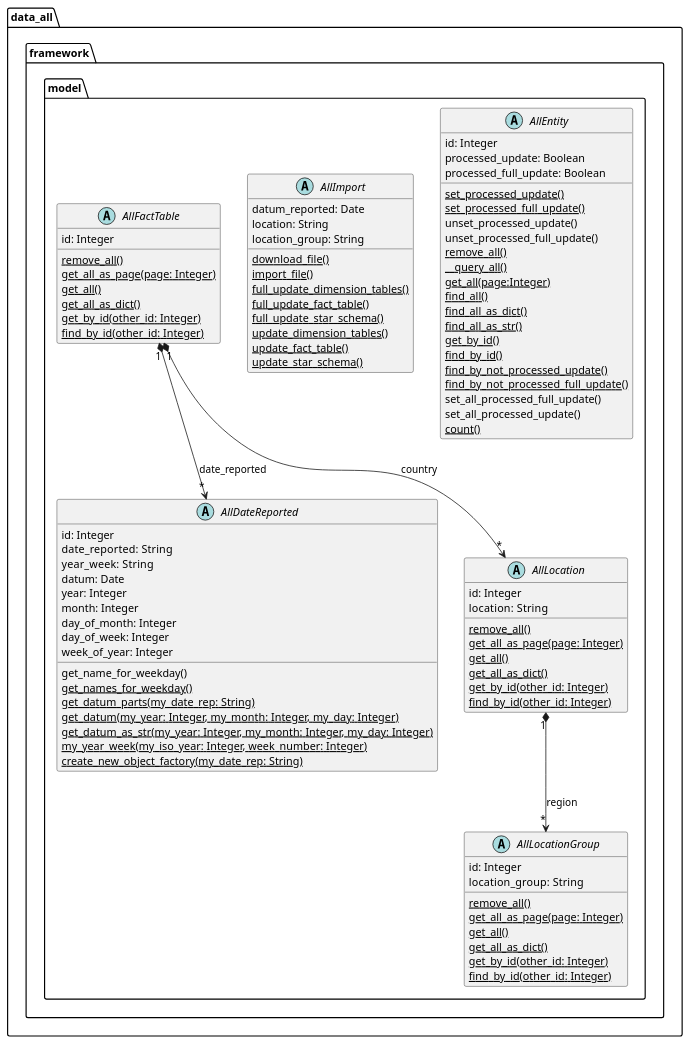
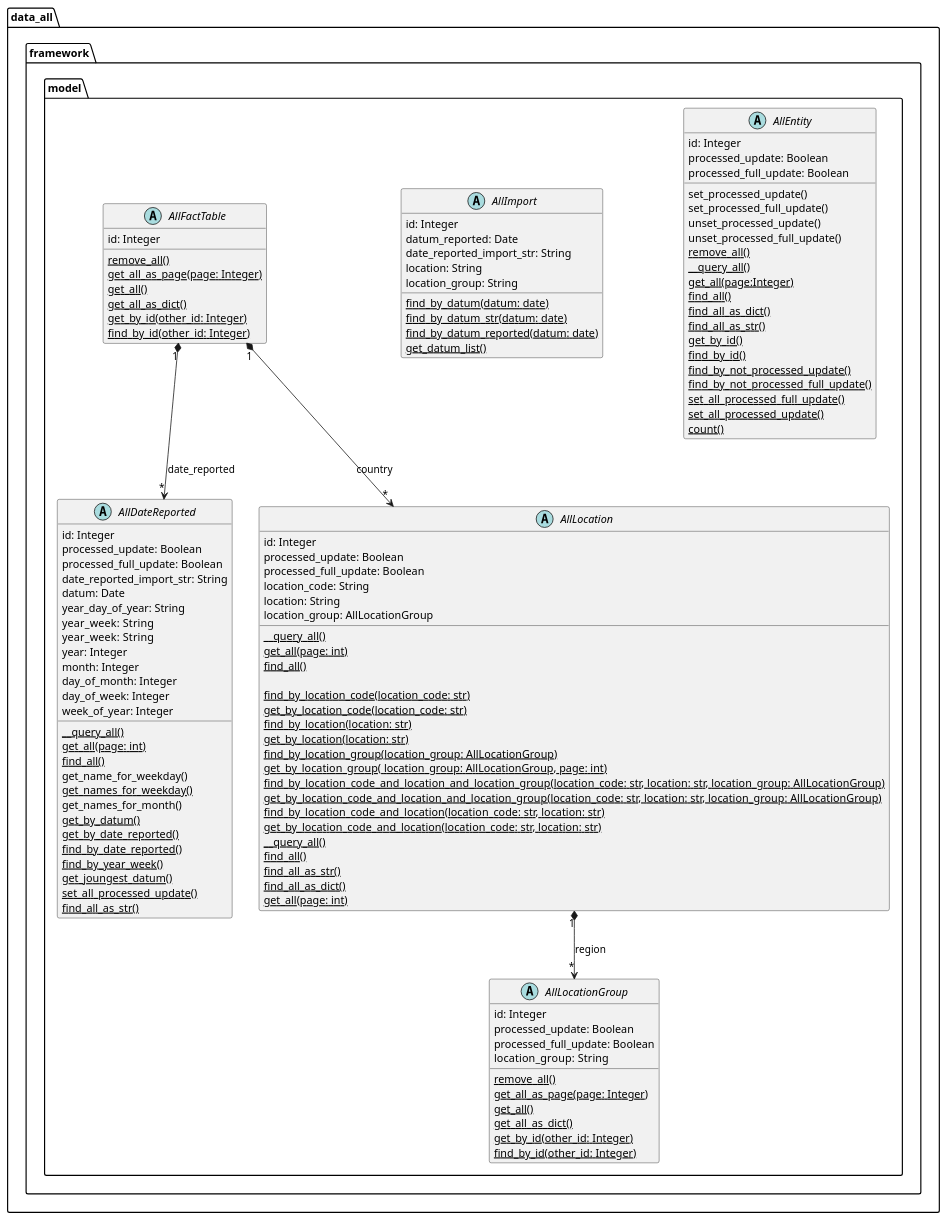
Before and after one commit to thomaswoehlke/flask_covid19: the diagram in docs/uml/project/data_all/framework_model_impl.puml, drawn with PlantUML. The commit also changed 12 other files, not shown here.

```diff
--- a/docs/uml/project/data_all/framework_model_impl.puml
+++ b/docs/uml/project/data_all/framework_model_impl.puml
@@ -1,117 +1,149 @@
 @startuml
 'https://plantuml.com/class-diagram
 
 'abstract class AbstractList
 'abstract AbstractCollection
 'interface List
 'interface Collection
 
 'List <|-- AbstractList
 'Collection <|-- AbstractCollection
 
 'Collection <|- List
 'AbstractCollection <|- AbstractList
 'AbstractList <|-- ArrayList
 
 'class ArrayList {
 'Object[] elementData
 'size()
 '}
 
 'enum TimeUnit {
 'DAYS
 'HOURS
 'MINUTES
 '}
 
 package data_all.framework.model {
 
     abstract class AllEntity {
         id: Integer
         processed_update: Boolean
         processed_full_update: Boolean
-        {classifier} set_processed_update()
-        {classifier} set_processed_full_update()
+
+        set_processed_update()
+        set_processed_full_update()
         unset_processed_update()
         unset_processed_full_update()
         {classifier} remove_all()
         {classifier} __query_all()
         {classifier} get_all(page:Integer)
         {classifier} find_all()
         {classifier} find_all_as_dict()
         {classifier} find_all_as_str()
         {classifier} get_by_id()
         {classifier} find_by_id()
         {classifier} find_by_not_processed_update()
         {classifier} find_by_not_processed_full_update()
-        set_all_processed_full_update()
-        set_all_processed_update()
+        {classifier} set_all_processed_full_update()
+        {classifier} set_all_processed_update()
         {classifier} count()
     }
     abstract class AllImport {
+        id: Integer
         datum_reported: Date
+        date_reported_import_str: String
 		location: String
 		location_group: String
-		{classifier} download_file()
-		{classifier} import_file()
-		{classifier} full_update_dimension_tables()
-		{classifier} full_update_fact_table()
-		{classifier} full_update_star_schema()
-		{classifier} update_dimension_tables()
-		{classifier} update_fact_table()
-		{classifier} update_star_schema()
+
+		{classifier} find_by_datum(datum: date)
+		{classifier} find_by_datum_str(datum: date)
+		{classifier} find_by_datum_reported(datum: date)
+		{classifier} get_datum_list()
 	}
     abstract class AllDateReported {
         id: Integer
-		date_reported:  String
-	    year_week:  String
+	    processed_update: Boolean
+        processed_full_update: Boolean
+	    date_reported_import_str: String
 	    datum: Date
+        year_day_of_year: String
+        year_week:  String
+        year_week:  String
 	    year: Integer
 	    month: Integer
 	    day_of_month: Integer
 	    day_of_week: Integer
 	    week_of_year: Integer
+
+        {classifier} __query_all()
+        {classifier} get_all(page: int)
+        {classifier} find_all()
 		get_name_for_weekday()
 		{classifier} get_names_for_weekday()
-		{classifier} get_datum_parts(my_date_rep: String)
-		{classifier} get_datum(my_year: Integer, my_month: Integer, my_day: Integer)
-		{classifier} get_datum_as_str(my_year: Integer, my_month: Integer, my_day: Integer)
-		{classifier} my_year_week(my_iso_year: Integer, week_number: Integer)
-		{classifier} create_new_object_factory(my_date_rep: String)
+		get_names_for_month()
+		{classifier} get_by_datum()
+		{classifier} get_by_date_reported()
+		{classifier} find_by_date_reported()
+		{classifier} find_by_year_week()
+		{classifier} get_joungest_datum()
+		{classifier} set_all_processed_update()
+		{classifier} find_all_as_str()
     }
     abstract class AllLocation {
         id: Integer
-	    location:  String
-	    {classifier} remove_all()
-	    {classifier} get_all_as_page(page: Integer)
-	    {classifier} get_all()
-	    {classifier} get_all_as_dict()
-	    {classifier} get_by_id(other_id: Integer)
-	    {classifier} find_by_id(other_id: Integer)
+	    processed_update: Boolean
+        processed_full_update: Boolean
+        location_code: String
+	    location: String
+	    location_group: AllLocationGroup
+
+        {classifier} __query_all()
+        {classifier} get_all(page: int)
+        {classifier} find_all()
+
+	    {classifier} find_by_location_code(location_code: str)
+	    {classifier} get_by_location_code(location_code: str)
+	    {classifier} find_by_location(location: str)
+	    {classifier} get_by_location(location: str)
+	    {classifier} find_by_location_group(location_group: AllLocationGroup)
+	    {classifier} get_by_location_group( location_group: AllLocationGroup, page: int)
+	    {classifier} find_by_location_code_and_location_and_location_group(location_code: str, location: str, location_group: AllLocationGroup)
+	    {classifier} get_by_location_code_and_location_and_location_group(location_code: str, location: str, location_group: AllLocationGroup)
+	    {classifier} find_by_location_code_and_location(location_code: str, location: str)
+	    {classifier} get_by_location_code_and_location(location_code: str, location: str)
+	    {classifier} __query_all()
+	    {classifier} find_all()
+	    {classifier} find_all_as_str()
+	    {classifier} find_all_as_dict()
+	    {classifier} get_all(page: int)
     }
     abstract class AllLocationGroup {
         id: Integer
+	    processed_update: Boolean
+        processed_full_update: Boolean
 	    location_group:  String
+
 	    {classifier} remove_all()
 	    {classifier} get_all_as_page(page: Integer)
 	    {classifier} get_all()
 	    {classifier} get_all_as_dict()
 	    {classifier} get_by_id(other_id: Integer)
 	    {classifier} find_by_id(other_id: Integer)
     }
     abstract class AllFactTable {
 	    id: Integer
 	    {classifier} remove_all()
 	    {classifier} get_all_as_page(page: Integer)
 	    {classifier} get_all()
 	    {classifier} get_all_as_dict()
 	    {classifier} get_by_id(other_id: Integer)
 	    {classifier} find_by_id(other_id: Integer)
     }
 
     AllLocation "1" *--> "*" AllLocationGroup : region
     AllFactTable "1" *--> "*" AllLocation : country
     AllFactTable "1" *--> "*" AllDateReported : date_reported
 }
 
 @enduml
```
